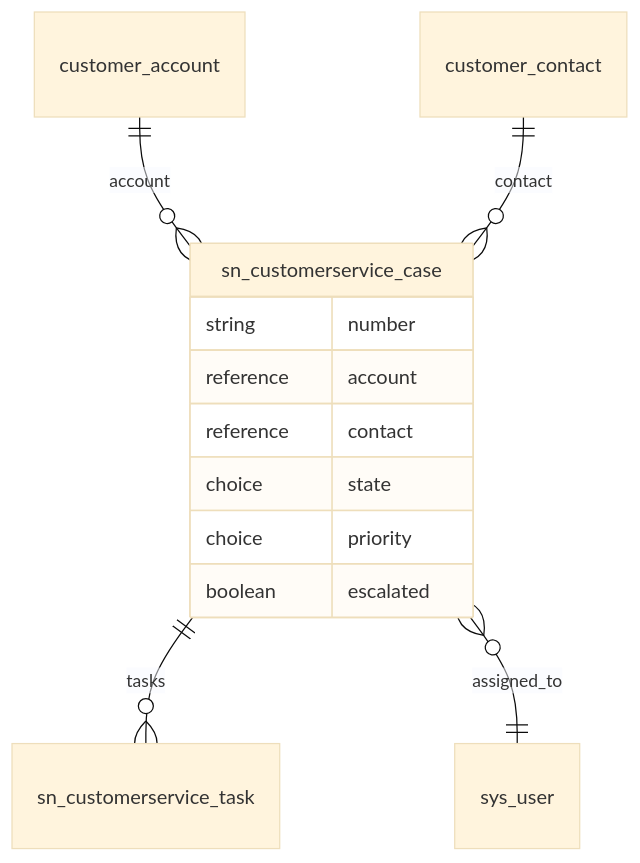
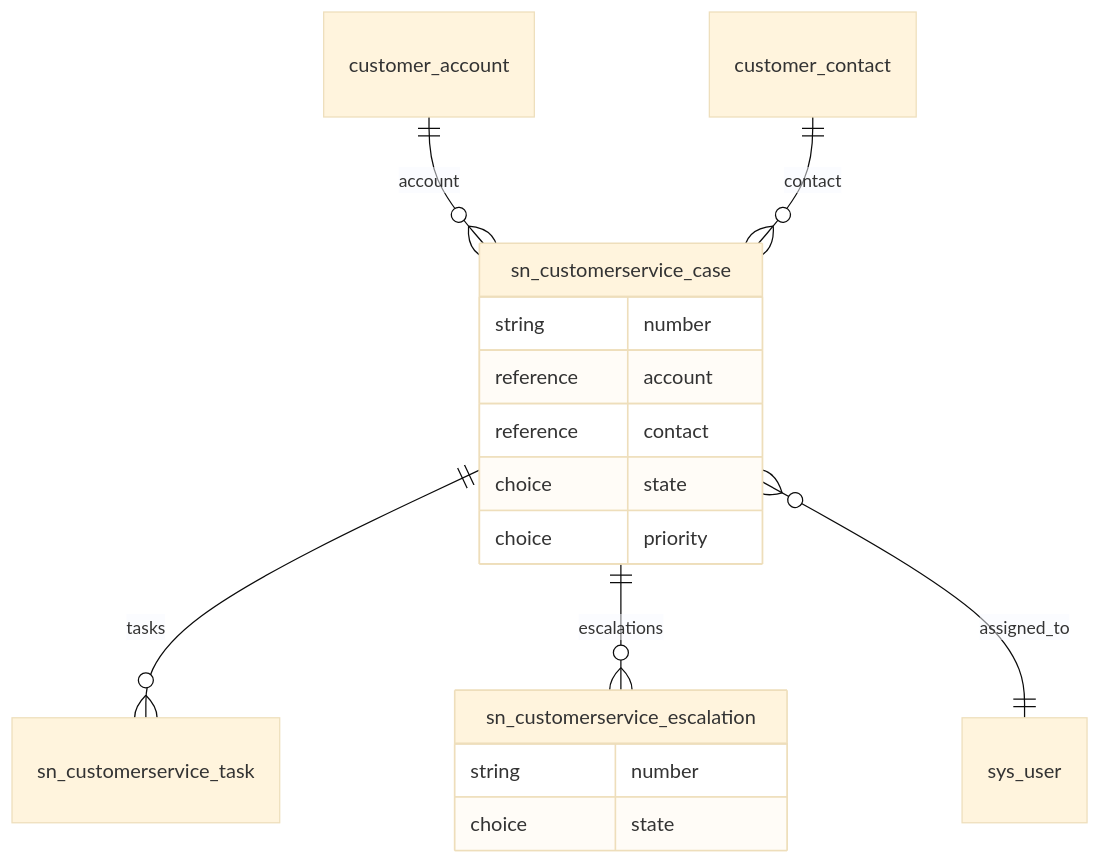
The third of 7 diagrams in .claude/skills/diagramming-specialist/EXAMPLES.md (farstic/ai-servicenow-architect), drawn with Mermaid (base theme) before and after one commit. The commit also changed other lines of this file and 7 other files, not shown here.

````diff
--- a/.claude/skills/diagramming-specialist/EXAMPLES.md
+++ b/.claude/skills/diagramming-specialist/EXAMPLES.md
@@ -67,15 +67,19 @@
 ```mermaid
 erDiagram
     customer_account  ||--o{ sn_customerservice_case : "account"
     customer_contact  ||--o{ sn_customerservice_case : "contact"
     sn_customerservice_case ||--o{ sn_customerservice_task : "tasks"
+    sn_customerservice_case ||--o{ sn_customerservice_escalation : "escalations"
     sn_customerservice_case }o--|| sys_user : "assigned_to"
     sn_customerservice_case {
         string  number
         reference account
         reference contact
         choice  state
         choice  priority
-        boolean escalated
+    }
+    sn_customerservice_escalation {
+        string  number
+        choice  state
     }
 ```
````
